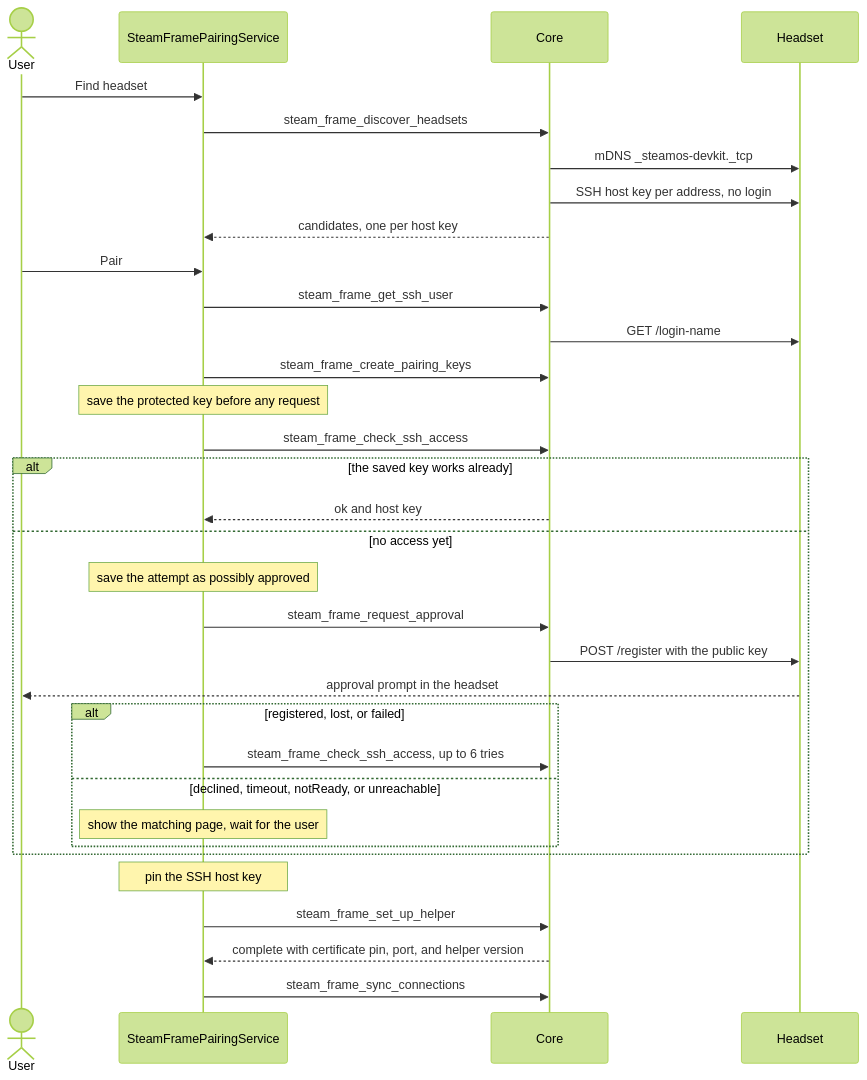
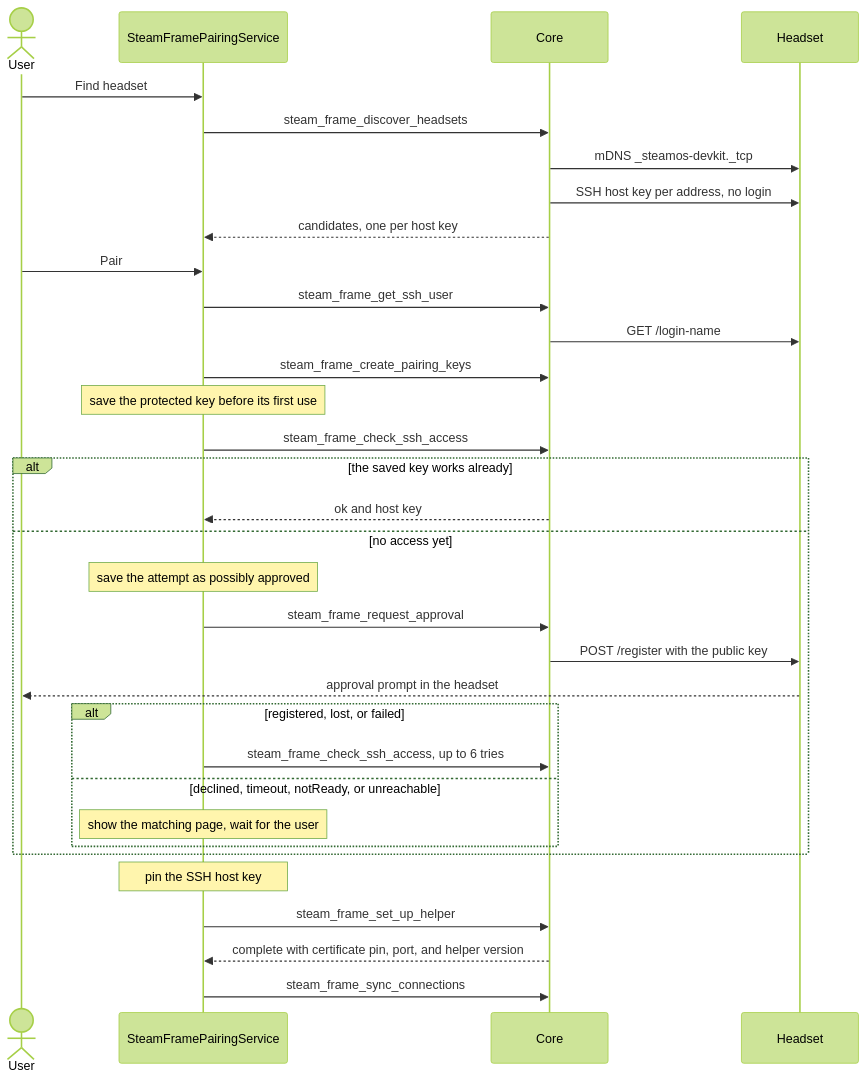
The second of 7 diagrams in docs/agents/steam-frame-pairing.md (Raphiiko/OyasumiVR), drawn with Mermaid (forest theme) before and after one commit.

Commit message:
docs(steam-frame): save the pairing key before its first use, not any request

````diff
--- a/docs/agents/steam-frame-pairing.md
+++ b/docs/agents/steam-frame-pairing.md
@@ -54,36 +54,36 @@
 ```mermaid
 sequenceDiagram
   actor User
   participant S as SteamFramePairingService
   participant C as Core
   participant H as Headset
 
   User->>S: Find headset
   S->>C: steam_frame_discover_headsets
   C->>H: mDNS _steamos-devkit._tcp
   C->>H: SSH host key per address, no login
   C-->>S: candidates, one per host key
   User->>S: Pair
   S->>C: steam_frame_get_ssh_user
   C->>H: GET /login-name
   S->>C: steam_frame_create_pairing_keys
-  Note over S: save the protected key before any request
+  Note over S: save the protected key before its first use
   S->>C: steam_frame_check_ssh_access
   alt the saved key works already
     C-->>S: ok and host key
   else no access yet
     Note over S: save the attempt as possibly approved
     S->>C: steam_frame_request_approval
     C->>H: POST /register with the public key
     H-->>User: approval prompt in the headset
     alt registered, lost, or failed
       S->>C: steam_frame_check_ssh_access, up to 6 tries
     else declined, timeout, notReady, or unreachable
       Note over S: show the matching page, wait for the user
     end
   end
   Note over S: pin the SSH host key
   S->>C: steam_frame_set_up_helper
   C-->>S: complete with certificate pin, port, and helper version
   S->>C: steam_frame_sync_connections
 ```
````
